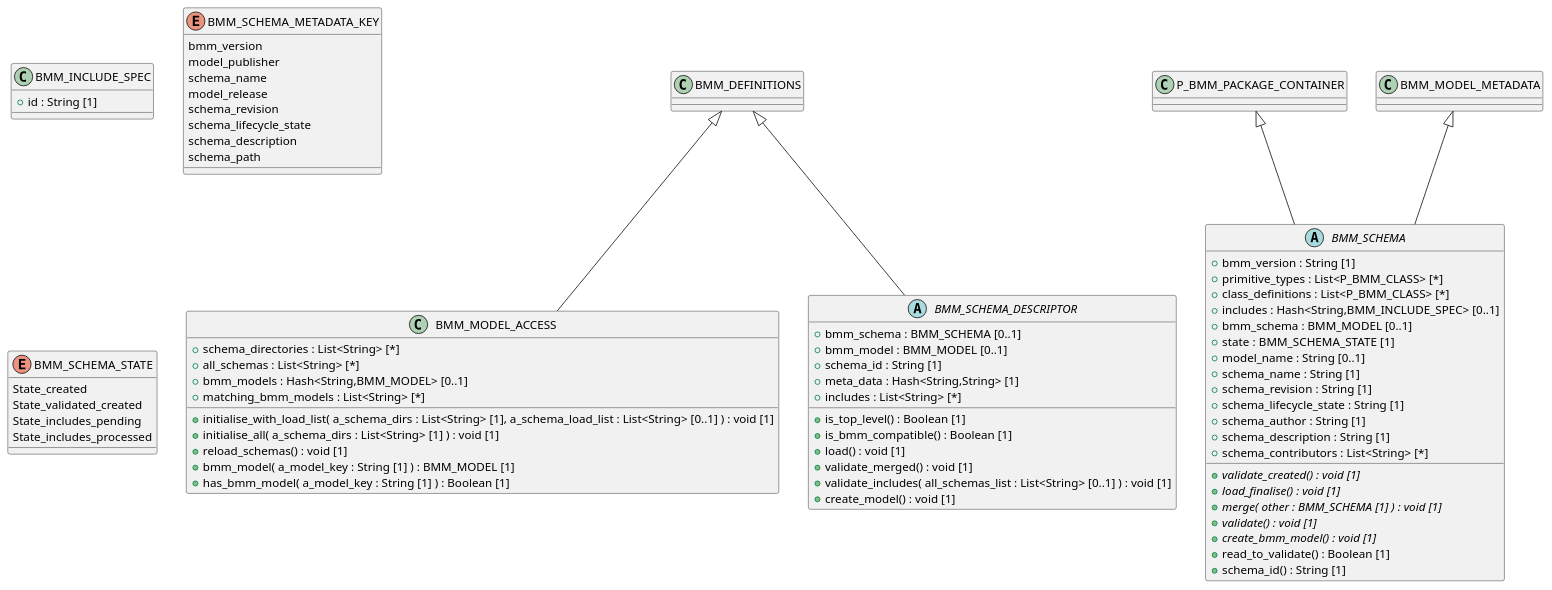
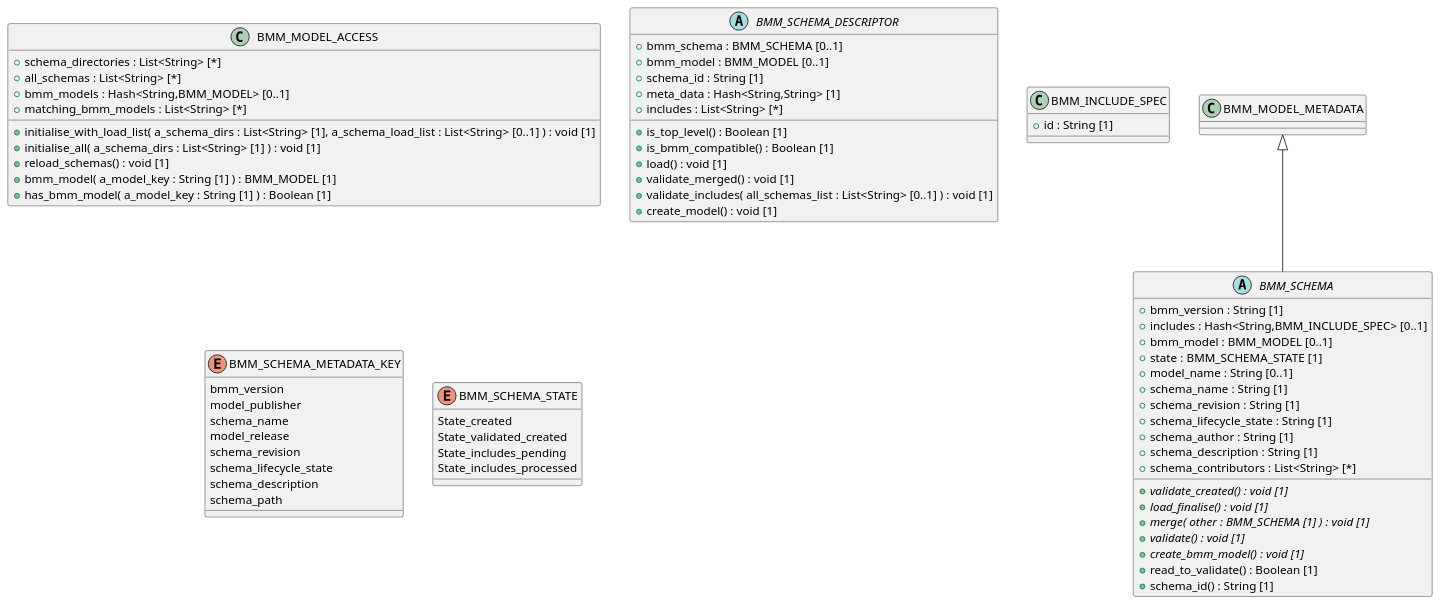
Before and after one commit to sebastian-iancu/code-generator: the diagram in code/Adoc/openehr_lang_1.1.0/plantUML/packages/org.openehr.lang.bmm.model_access.adoc, drawn with PlantUML. The commit also changed 719 other files, not shown here.

```diff
--- a/code/Adoc/openehr_lang_1.1.0/plantUML/packages/org.openehr.lang.bmm.model_access.adoc
+++ b/code/Adoc/openehr_lang_1.1.0/plantUML/packages/org.openehr.lang.bmm.model_access.adoc
@@ -1,82 +1,77 @@
 [plantuml,model_access,format=svg,svg-type="inline"]
 -----
 @startuml
 
 class BMM_MODEL_ACCESS {
   + schema_directories : List<String> [*]
   + all_schemas : List<String> [*]
   + bmm_models : Hash<String,BMM_MODEL> [0..1]
   + matching_bmm_models : List<String> [*]
   + initialise_with_load_list( a_schema_dirs : List<String> [1], a_schema_load_list : List<String> [0..1] ) : void [1]
   + initialise_all( a_schema_dirs : List<String> [1] ) : void [1]
   + reload_schemas() : void [1]
   + bmm_model( a_model_key : String [1] ) : BMM_MODEL [1]
   + has_bmm_model( a_model_key : String [1] ) : Boolean [1]
 }
 
 abstract class BMM_SCHEMA_DESCRIPTOR {
   + bmm_schema : BMM_SCHEMA [0..1]
   + bmm_model : BMM_MODEL [0..1]
   + schema_id : String [1]
   + meta_data : Hash<String,String> [1]
   + includes : List<String> [*]
   + is_top_level() : Boolean [1]
   + is_bmm_compatible() : Boolean [1]
   + load() : void [1]
   + validate_merged() : void [1]
   + validate_includes( all_schemas_list : List<String> [0..1] ) : void [1]
   + create_model() : void [1]
 }
 
 abstract class BMM_SCHEMA {
   + bmm_version : String [1]
-  + primitive_types : List<P_BMM_CLASS> [*]
-  + class_definitions : List<P_BMM_CLASS> [*]
   + includes : Hash<String,BMM_INCLUDE_SPEC> [0..1]
-  + bmm_schema : BMM_MODEL [0..1]
+  + bmm_model : BMM_MODEL [0..1]
   + state : BMM_SCHEMA_STATE [1]
   + model_name : String [0..1]
   + schema_name : String [1]
   + schema_revision : String [1]
   + schema_lifecycle_state : String [1]
   + schema_author : String [1]
   + schema_description : String [1]
   + schema_contributors : List<String> [*]
   + {abstract} validate_created() : void [1]
   + {abstract} load_finalise() : void [1]
   + {abstract} merge( other : BMM_SCHEMA [1] ) : void [1]
   + {abstract} validate() : void [1]
   + {abstract} create_bmm_model() : void [1]
   + read_to_validate() : Boolean [1]
   + schema_id() : String [1]
 }
 
 class BMM_INCLUDE_SPEC {
   + id : String [1]
 }
 
 enum BMM_SCHEMA_METADATA_KEY {
   bmm_version 
   model_publisher 
   schema_name 
   model_release 
   schema_revision 
   schema_lifecycle_state 
   schema_description 
   schema_path 
 }
 
 enum BMM_SCHEMA_STATE {
   State_created 
   State_validated_created 
   State_includes_pending 
   State_includes_processed 
 }
 
-BMM_DEFINITIONS <|-- BMM_MODEL_ACCESS
-BMM_DEFINITIONS <|-- BMM_SCHEMA_DESCRIPTOR
-P_BMM_PACKAGE_CONTAINER <|-- BMM_SCHEMA
 BMM_MODEL_METADATA <|-- BMM_SCHEMA
 
 @enduml
 -----
```
